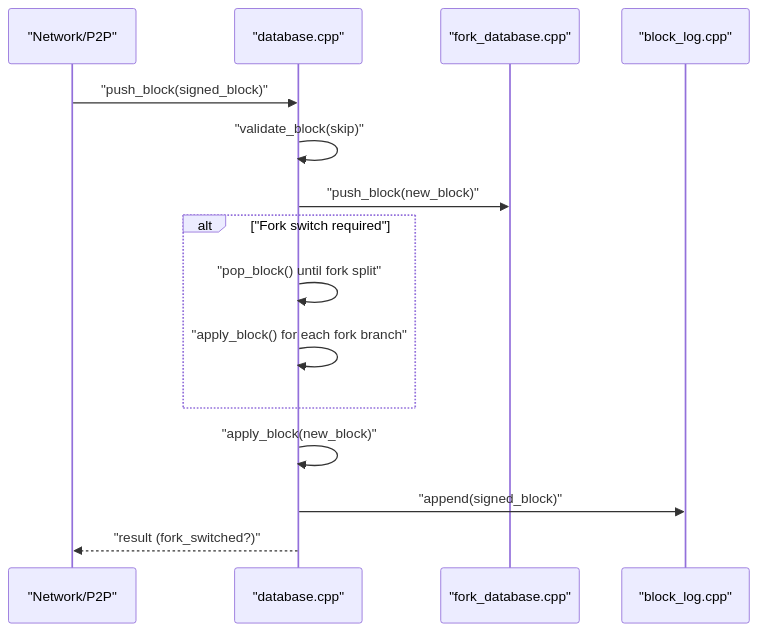
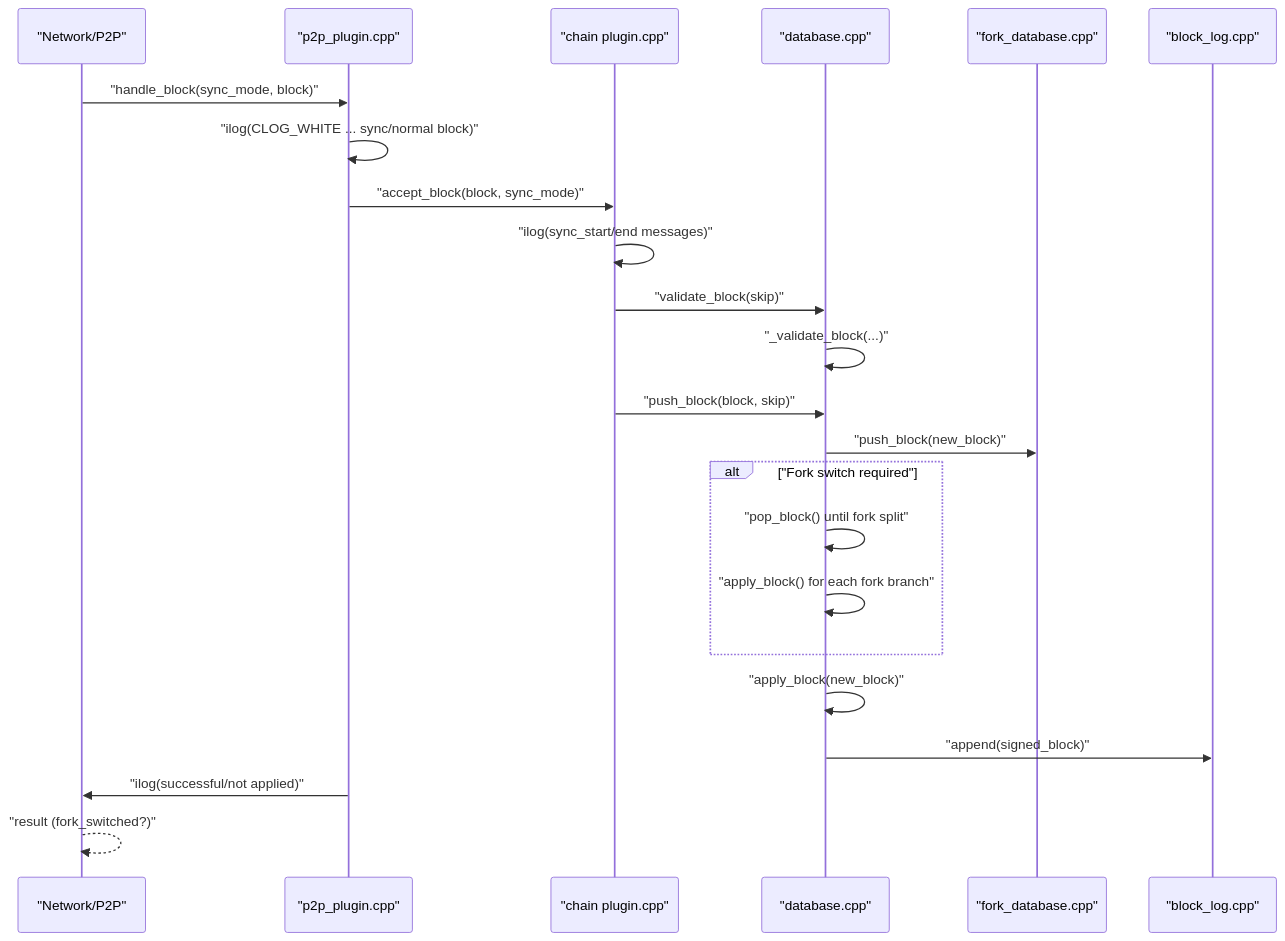
Before and after one commit to VIZ-Blockchain/viz-cpp-node: the second of 11 diagrams in .qoder/repowiki/en/content/Architecture Overview/Core Libraries/Chain Library/Block Processing and Validation.md, drawn with Mermaid. The commit also changed other lines of this file and 4 other files, not shown here.

````diff
--- a/.qoder/repowiki/en/content/Architecture Overview/Core Libraries/Chain Library/Block Processing and Validation.md
+++ b/.qoder/repowiki/en/content/Architecture Overview/Core Libraries/Chain Library/Block Processing and Validation.md
@@ -102,17 +127,25 @@
 ```mermaid
 sequenceDiagram
 participant Net as "Network/P2P"
+participant P2P as "p2p_plugin.cpp"
+participant Chain as "chain plugin.cpp"
 participant DB as "database.cpp"
 participant FD as "fork_database.cpp"
 participant BL as "block_log.cpp"
-Net->>DB : "push_block(signed_block)"
-DB->>DB : "validate_block(skip)"
+Net->>P2P : "handle_block(sync_mode, block)"
+P2P->>P2P : "ilog(CLOG_WHITE ... sync/normal block)"
+P2P->>Chain : "accept_block(block, sync_mode)"
+Chain->>Chain : "ilog(sync_start/end messages)"
+Chain->>DB : "validate_block(skip)"
+DB->>DB : "_validate_block(...)"
+Chain->>DB : "push_block(block, skip)"
 DB->>FD : "push_block(new_block)"
 alt "Fork switch required"
 DB->>DB : "pop_block() until fork split"
 DB->>DB : "apply_block() for each fork branch"
 end
 DB->>DB : "apply_block(new_block)"
 DB->>BL : "append(signed_block)"
-DB-->>Net : "result (fork_switched?)"
+P2P->>Net : "ilog(successful/not applied)"
+Net-->>Net : "result (fork_switched?)"
 ```
````
